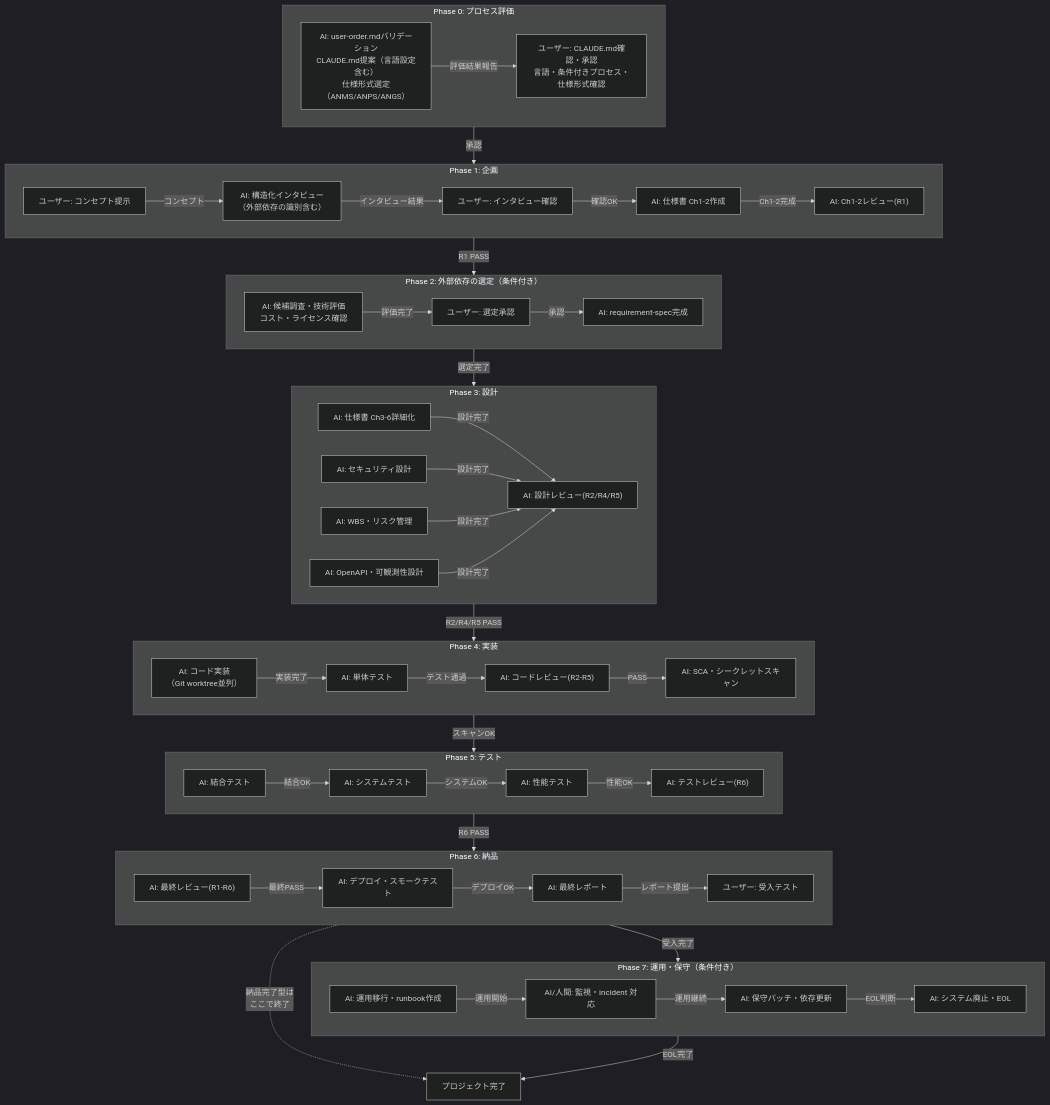
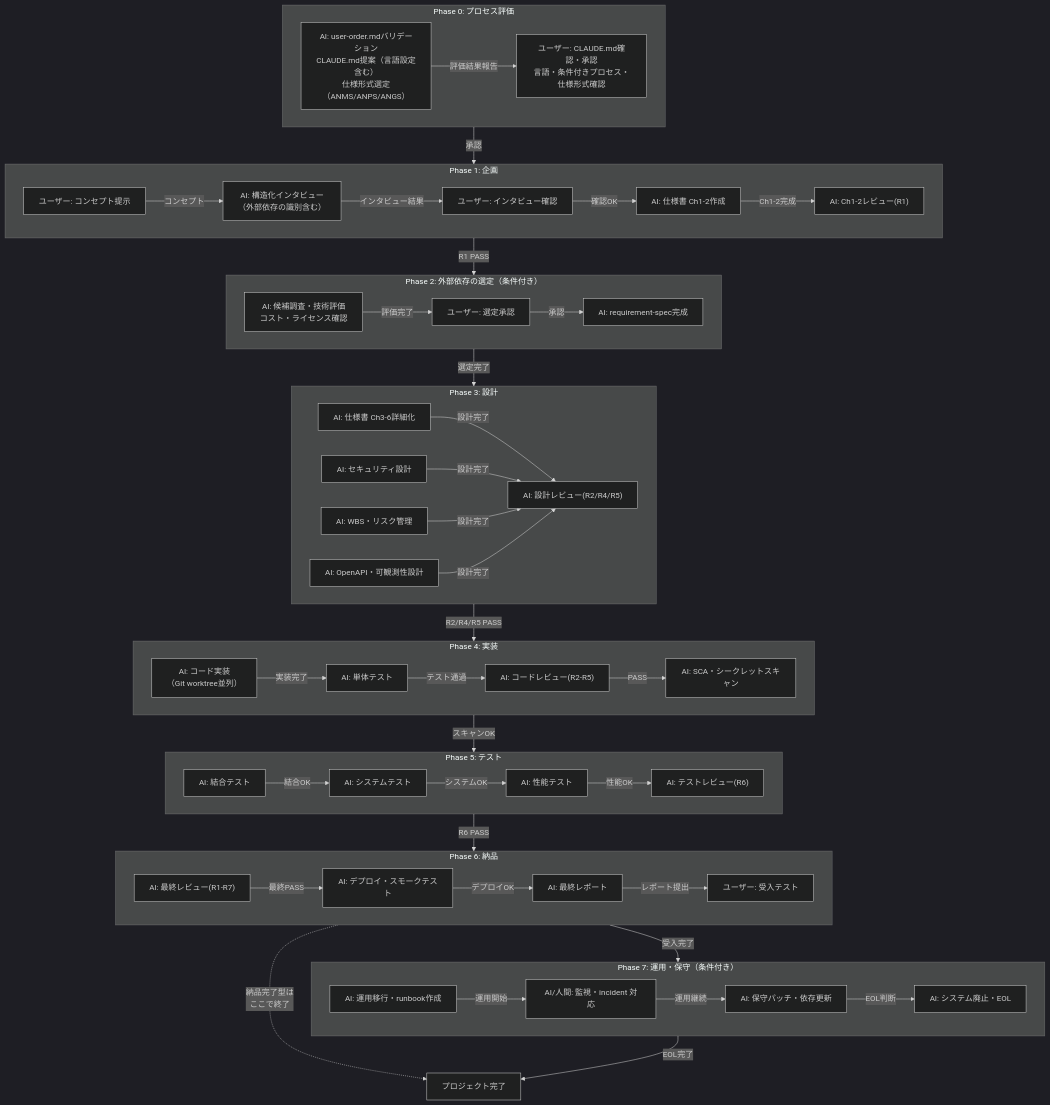
Before and after one commit to GoodRelax/gr-sw-maker: the second of 12 diagrams in framework-src/ja/process-rules/full-auto-dev-process-rules.md, drawn with Mermaid (dark theme). The commit also changed other lines of this file and 24 other files, not shown here.

```diff
--- a/framework-src/ja/process-rules/full-auto-dev-process-rules.md
+++ b/framework-src/ja/process-rules/full-auto-dev-process-rules.md
@@ -304,7 +304,7 @@
     end
 
     subgraph Phase6["Phase 6: 納品"]
-        P6A["AI: 最終レビュー(R1-R6)"]
+        P6A["AI: 最終レビュー(R1-R7)"]
         P6B["AI: デプロイ・スモークテスト"]
         P6C["AI: 最終レポート"]
         P6D["ユーザー: 受入テスト"]
```
